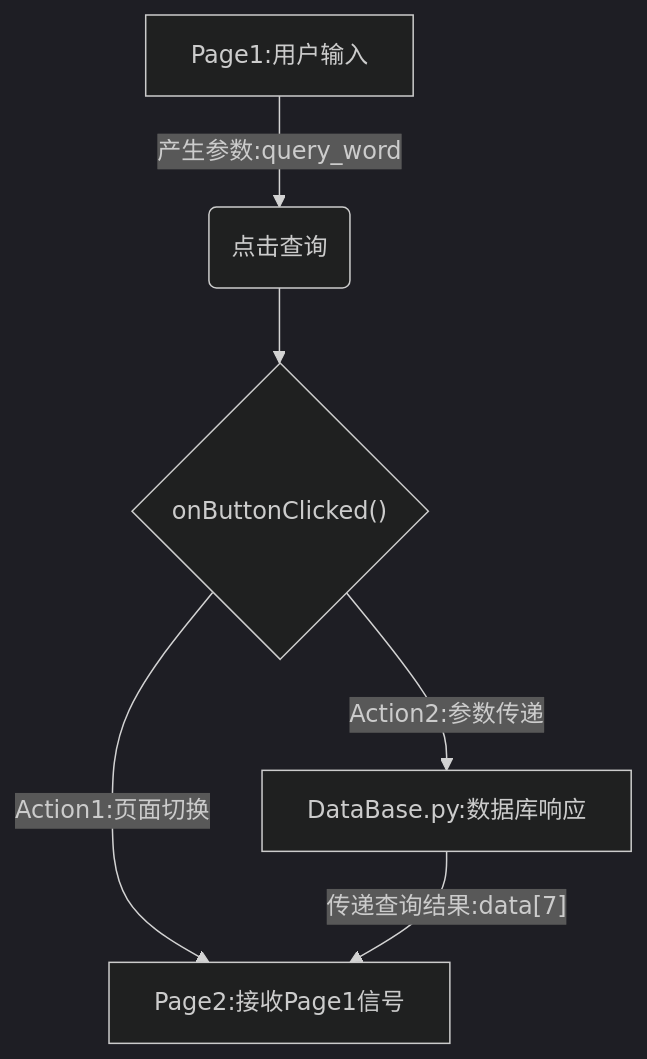
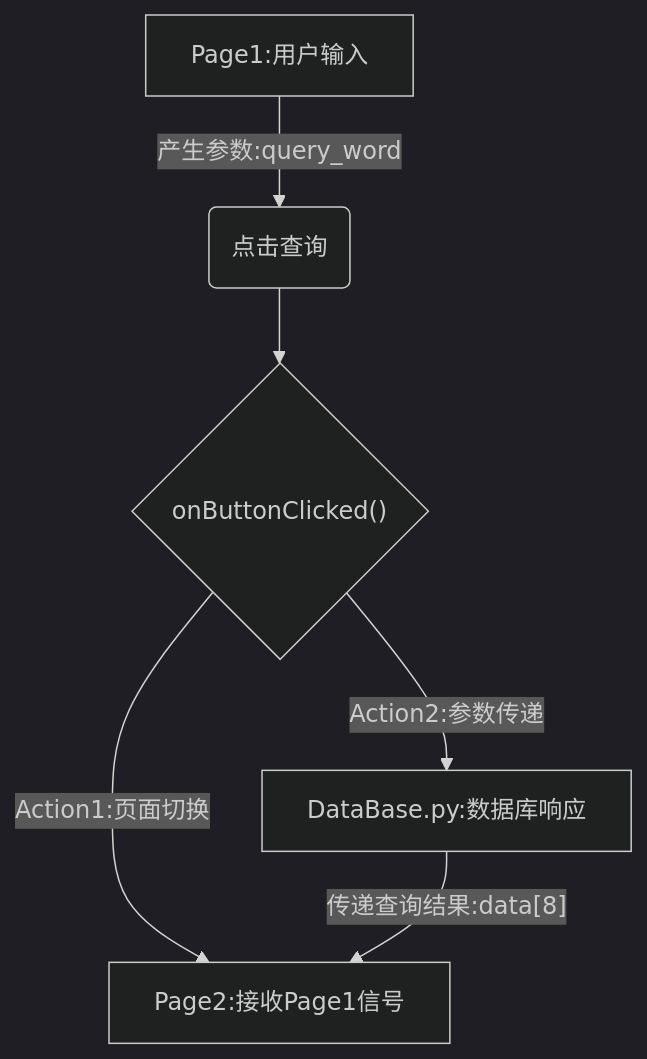
The first of 4 diagrams in README.md (SoDebug/ElectronicDictionary), drawn with Mermaid (dark theme) before and after one commit. The commit also changed other lines of this file, not shown here.

Commit message:
[Important]:紧跟DataBase.py & main.py的代码做了最新的调整

````diff
--- a/README.md
+++ b/README.md
@@ -112,9 +112,9 @@
 ```mermaid
 flowchart TD
 
 A[Page1:用户输入] -->|"产生参数:query_word"| B(点击查询)
 B --> C{"onButtonClicked()"}
 C -->|"Action1:页面切换"| D[Page2:呈现查询内容]
 C -->|"Action2:参数传递"| E[DataBase.py:数据库响应]
-E[DataBase.py:数据库响应] -->|"传递查询结果:data[7]"| D[Page2:接收Page1信号]
+E[DataBase.py:数据库响应] -->|"传递查询结果:data[8]"| D[Page2:接收Page1信号]
 ```
````
